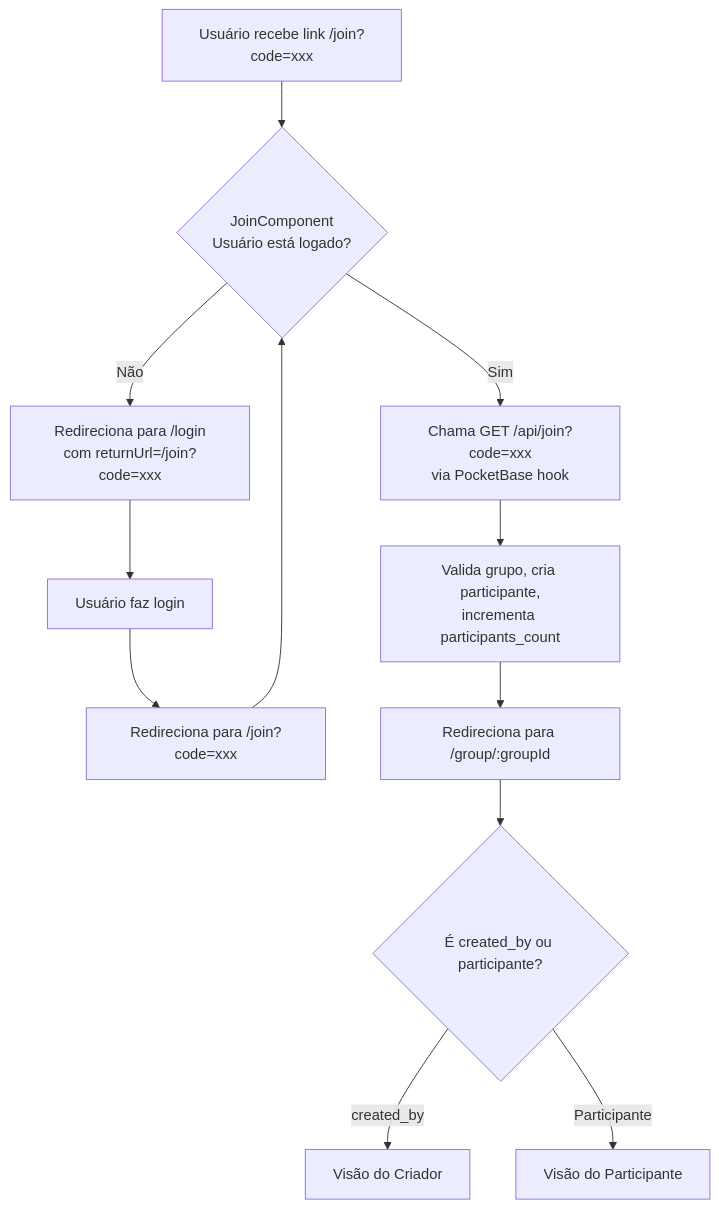
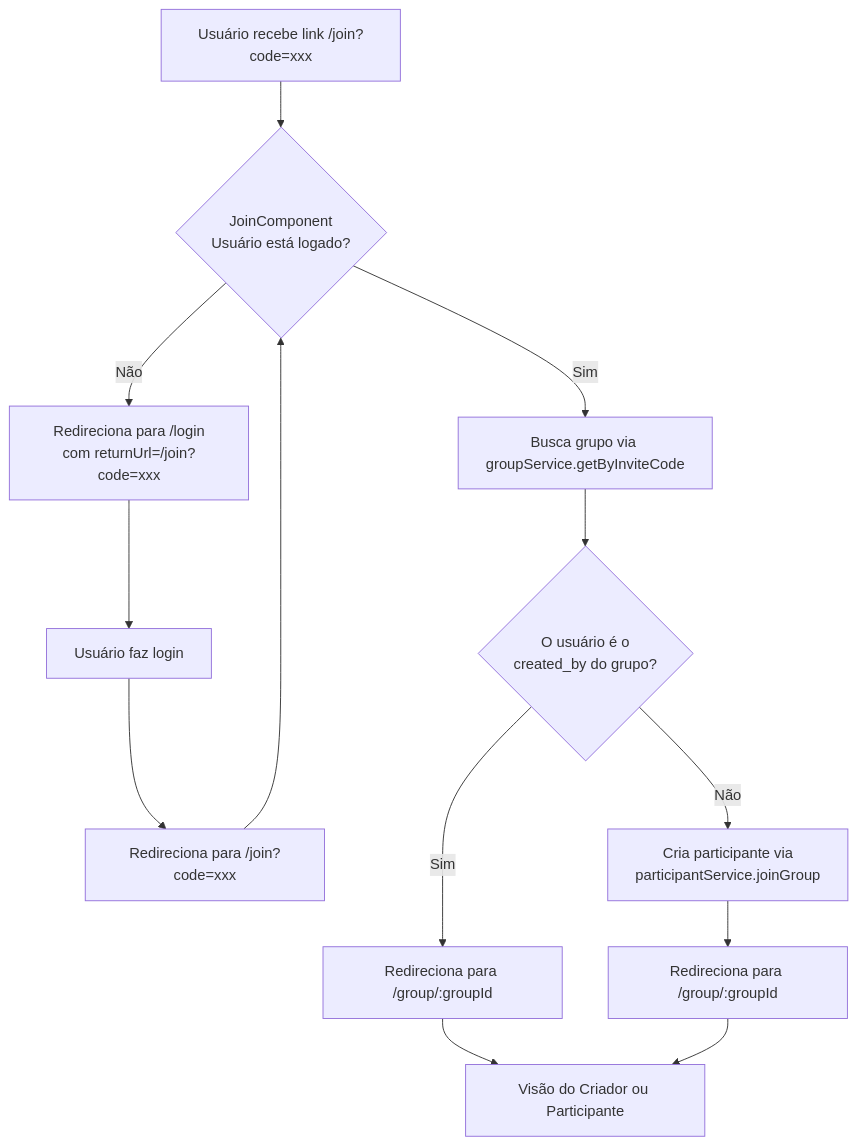
The third of 4 diagrams in docs/prd.md (SamuelPatrickMeneses/com-quem-seraa), drawn with Mermaid before and after one commit. The commit also changed other lines of this file and 16 other files, not shown here.

````diff
--- a/docs/prd.md
+++ b/docs/prd.md
@@ -407,14 +413,15 @@
 ```mermaid
 flowchart TD
     A[Usuário recebe link /join?code=xxx] --> B{JoinComponent<br>Usuário está logado?}
     B -->|Não| C[Redireciona para /login<br>com returnUrl=/join?code=xxx]
     C --> D[Usuário faz login]
     D --> E[Redireciona para /join?code=xxx]
     E --> B
-    B -->|Sim| F[Chama GET /api/join?code=xxx<br>via PocketBase hook]
-    F --> G[Valida grupo, cria participante,<br>incrementa participants_count]
-    G --> H[Redireciona para /group/:groupId]
-    H --> I{É created_by ou participante?}
-    I -->|created_by| J[Visão do Criador]
-    I -->|Participante| K[Visão do Participante]
+    B -->|Sim| F[Busca grupo via groupService.getByInviteCode]
+    F --> G{O usuário é o<br>created_by do grupo?}
+    G -->|Sim| H[Redireciona para /group/:groupId]
+    G -->|Não| I[Cria participante via<br>participantService.joinGroup]
+    I --> J[Redireciona para /group/:groupId]
+    H --> K[Visão do Criador ou Participante]
+    J --> K
 ```
````
